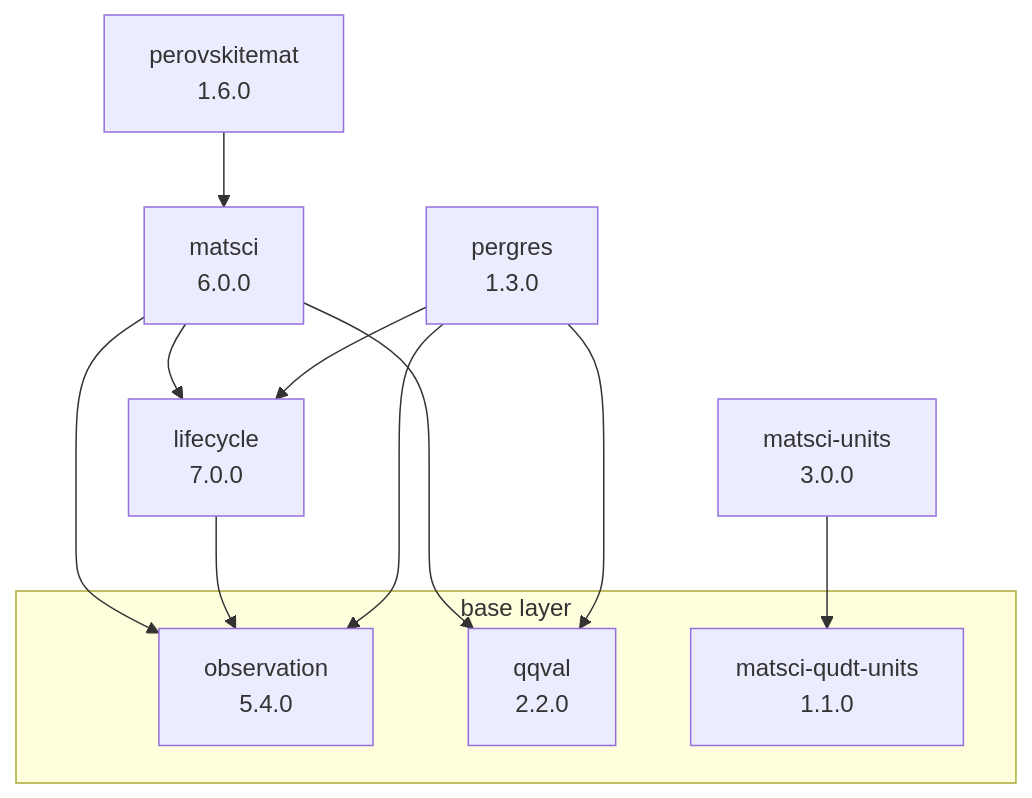
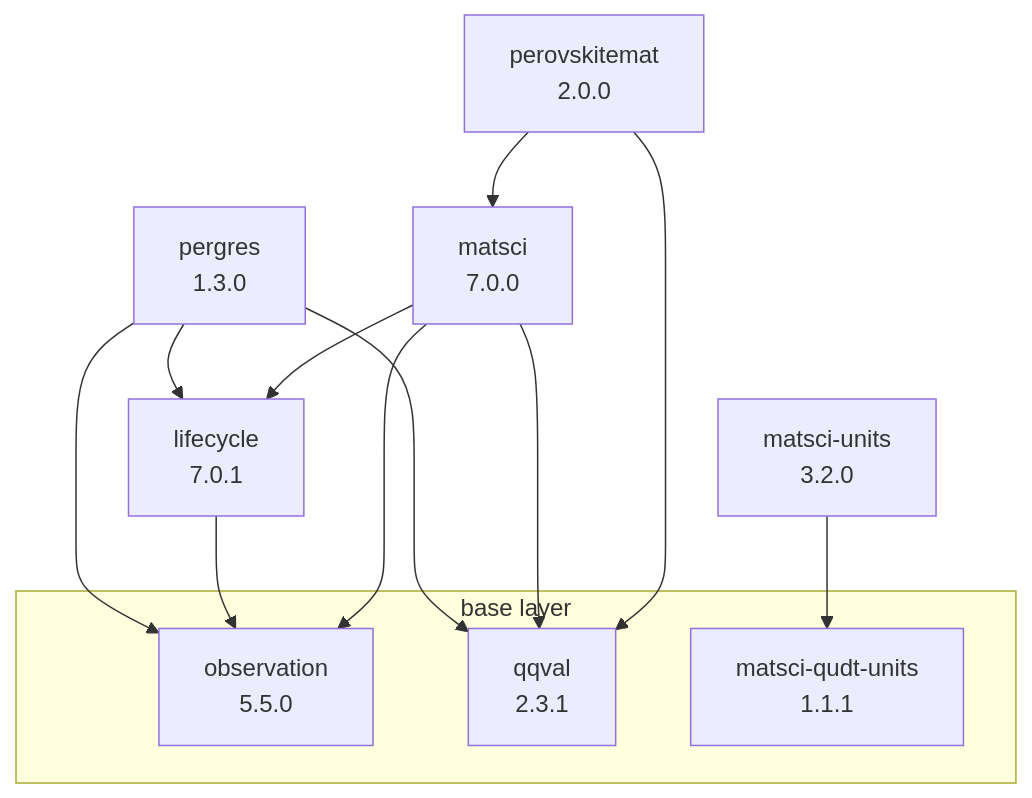
One commit to NAS-Lund/matsci-perovskite-ontologies changed the diagram in README.md. Above: the diagram before and after it, drawn with Mermaid. The commit also changed other lines of this file and 14 other files, not shown here.

````diff
--- a/README.md
+++ b/README.md
@@ -15,24 +15,25 @@
 ```mermaid
 graph TD
-    perov["perovskitemat<br/>1.6.0"]
-    matsci["matsci<br/>6.0.0"]
+    perov["perovskitemat<br/>2.0.0"]
+    matsci["matsci<br/>7.0.0"]
     pergres["pergres<br/>1.3.0"]
-    life["lifecycle<br/>7.0.0"]
-    units["matsci-units<br/>3.0.0"]
+    life["lifecycle<br/>7.0.1"]
+    units["matsci-units<br/>3.2.0"]
 
     subgraph base["base layer"]
-        obs["observation<br/>5.4.0"]
-        qqval["qqval<br/>2.2.0"]
-        qudtunits["matsci-qudt-units<br/>1.1.0"]
+        obs["observation<br/>5.5.0"]
+        qqval["qqval<br/>2.3.1"]
+        qudtunits["matsci-qudt-units<br/>1.1.1"]
     end
 
     perov --> matsci
+    perov --> qqval
     matsci --> life
     matsci --> obs
     matsci --> qqval
     life --> obs
     pergres --> life
     pergres --> obs
     pergres --> qqval
     units --> qudtunits
 ```
````
